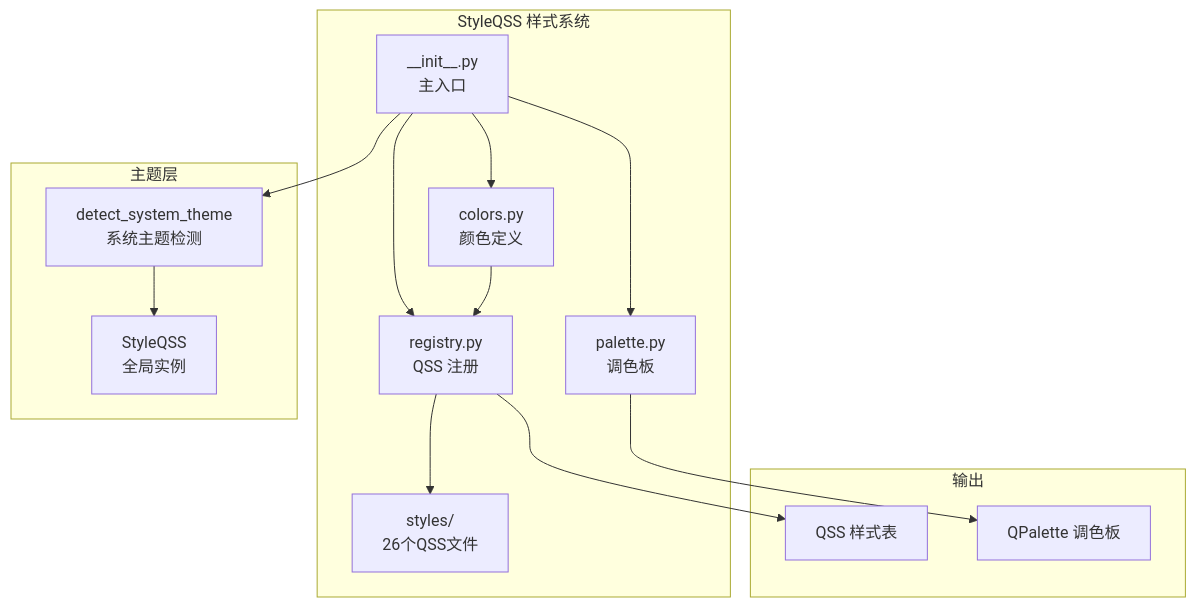
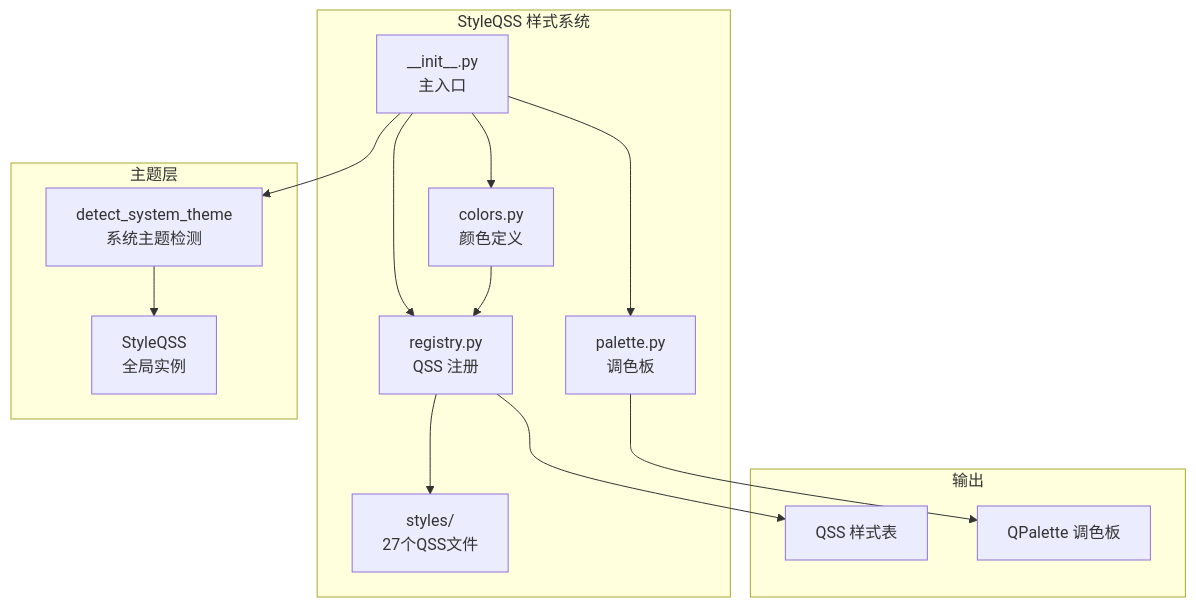
Before and after one commit to KKPIP-Tech/InstructionX: the first of 2 diagrams in docs/utils/style-qss.md, drawn with Mermaid. The commit also changed other lines of this file and 28 other files, not shown here.

````diff
--- a/docs/utils/style-qss.md
+++ b/docs/utils/style-qss.md
@@ -118,30 +118,30 @@
 ```mermaid
 graph TB
     subgraph StyleQSS["StyleQSS 样式系统"]
         Init["__init__.py<br/>主入口"]
         Colors["colors.py<br/>颜色定义"]
         Palette["palette.py<br/>调色板"]
         Registry["registry.py<br/>QSS 注册"]
-        Styles["styles/<br/>26个QSS文件"]
+        Styles["styles/<br/>27个QSS文件"]
     end
 
     subgraph Theme["主题层"]
         Detect["detect_system_theme<br/>系统主题检测"]
         Global["StyleQSS<br/>全局实例"]
     end
 
     subgraph Output["输出"]
         Qss["QSS 样式表"]
         QPalette["QPalette 调色板"]
     end
 
     Init --> Colors
     Init --> Palette
     Init --> Registry
     Registry --> Styles
     Init --> Detect
     Detect --> Global
     Colors --> Registry
     Registry --> Qss
     Palette --> QPalette
 ```
````
